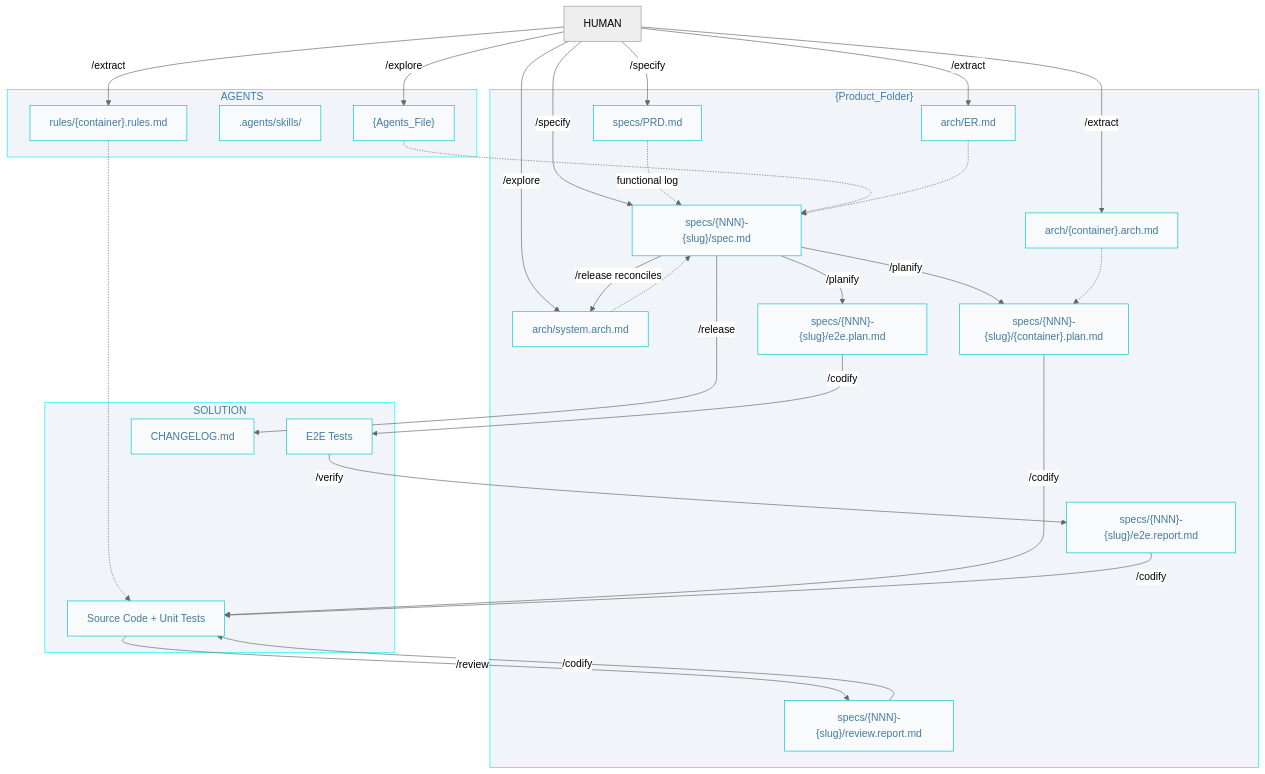
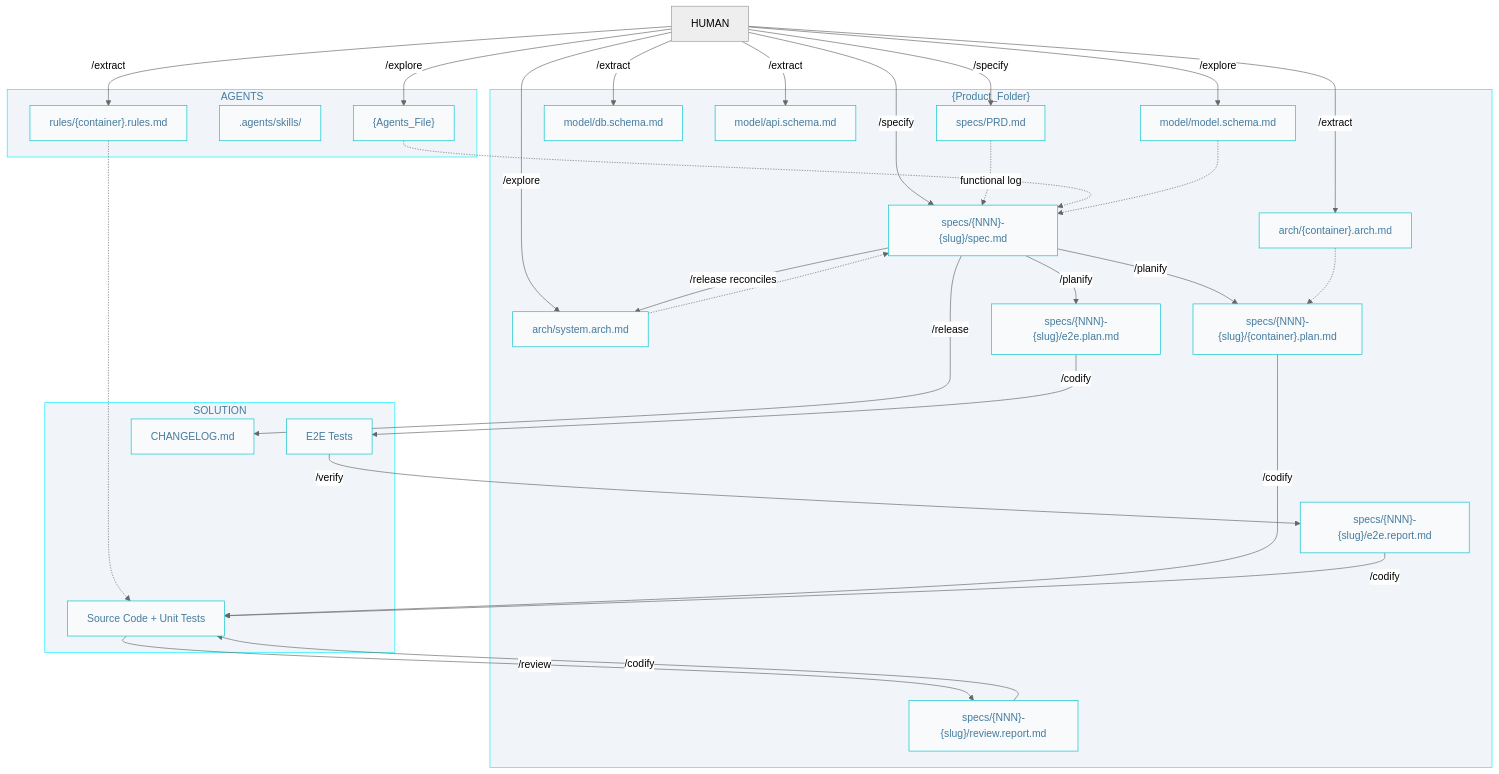
One commit to AIDDbot/AIDDbot changed the eighth of 9 diagrams in docs/AIDD.workflow.md. Above: the diagram before and after it, drawn with Mermaid (neutral theme). The commit also changed other lines of this file and 11 other files, not shown here.

Commit message:
chore: model schema moved to explore from extract

````diff
--- a/docs/AIDD.workflow.md
+++ b/docs/AIDD.workflow.md
@@ -254,58 +259,62 @@
 ```mermaid
 flowchart TD
   classDef nd fill:#f8fafc,stroke:#00c4cc,color:#457b9d
   classDef sg fill:#f1f5f9,stroke:#00f2ff,color:#457b9d
 
   HUM[HUMAN]
 
   subgraph A["AGENTS"]
       AGT["{Agents_File}"]:::nd
       SKL[".agents/skills/"]:::nd
       RUL["rules/{container}.rules.md"]:::nd
   end
 
   subgraph P["{Product_Folder}"]
       ARC["arch/system.arch.md"]:::nd
-      ERD["arch/ER.md"]:::nd
+      MOD["model/model.schema.md"]:::nd
       CAR["arch/{container}.arch.md"]:::nd
+      DBS["model/db.schema.md"]:::nd
+      API["model/api.schema.md"]:::nd
       PRD["specs/PRD.md"]:::nd
       SPC["specs/{NNN}-{slug}/spec.md"]:::nd
       PLN["specs/{NNN}-{slug}/{container}.plan.md"]:::nd
       EPL["specs/{NNN}-{slug}/e2e.plan.md"]:::nd
       RPT["specs/{NNN}-{slug}/e2e.report.md"]:::nd
       RVR["specs/{NNN}-{slug}/review.report.md"]:::nd
   end
 
   subgraph S["SOLUTION"]
       COD["Source Code + Unit Tests"]:::nd
       E2E["E2E Tests"]:::nd
       CHL["CHANGELOG.md"]:::nd
   end
 
   HUM -->|/explore| AGT
   HUM -->|/explore| ARC
+  HUM -->|/explore| MOD
   HUM -->|/extract| CAR
-  HUM -->|/extract| ERD
+  HUM -->|/extract| DBS
+  HUM -->|/extract| API
   HUM -->|/extract| RUL
   HUM -->|/specify| SPC
   HUM -->|/specify| PRD
   PRD -.functional log.-> SPC
   AGT -.-> SPC
   ARC -.-> SPC
-  ERD -.-> SPC
+  MOD -.-> SPC
   SPC -->|/planify| PLN
   SPC -->|/planify| EPL
   CAR -.-> PLN
 
   PLN -->|/codify| COD
   RUL -.-> COD
   EPL -->|/codify| E2E
   E2E -->|/verify| RPT
   RPT -->|/codify| COD
   COD -->|/review| RVR
   RVR -->|/codify| COD
   SPC -->|/release| CHL
   SPC -->|/release reconciles| ARC
 
   class P,A,S sg
 ```
````
